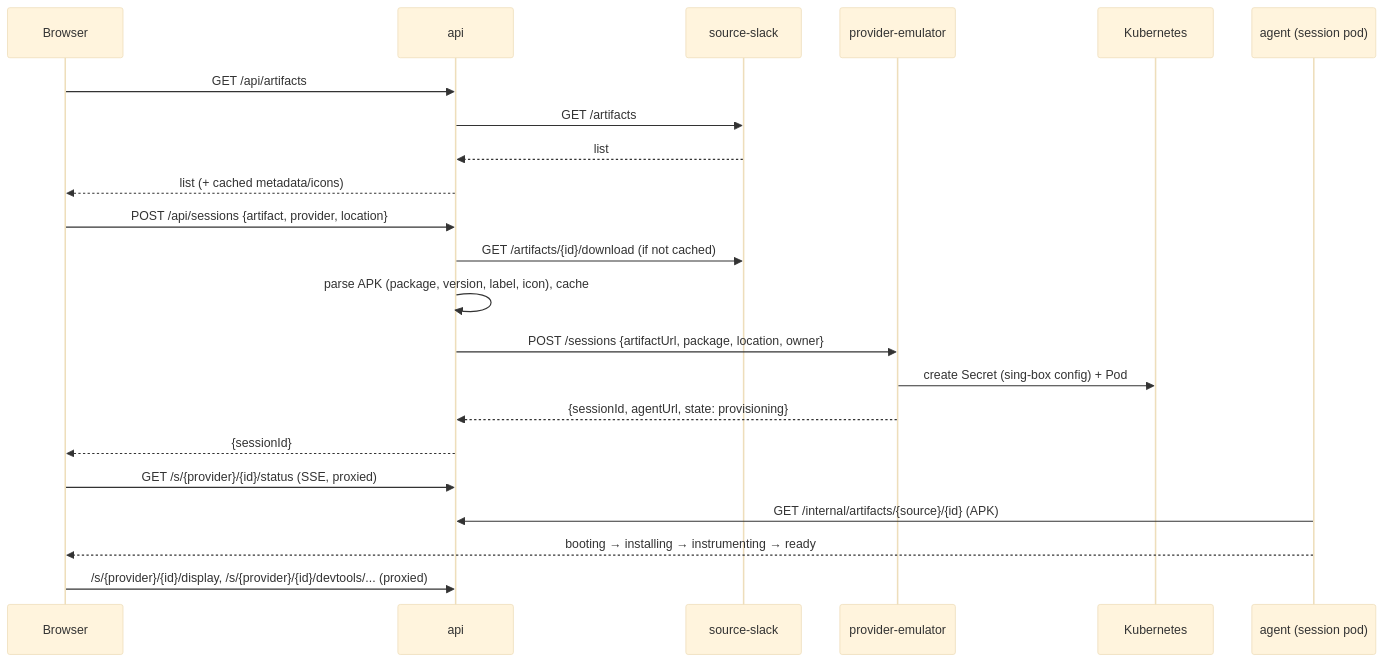
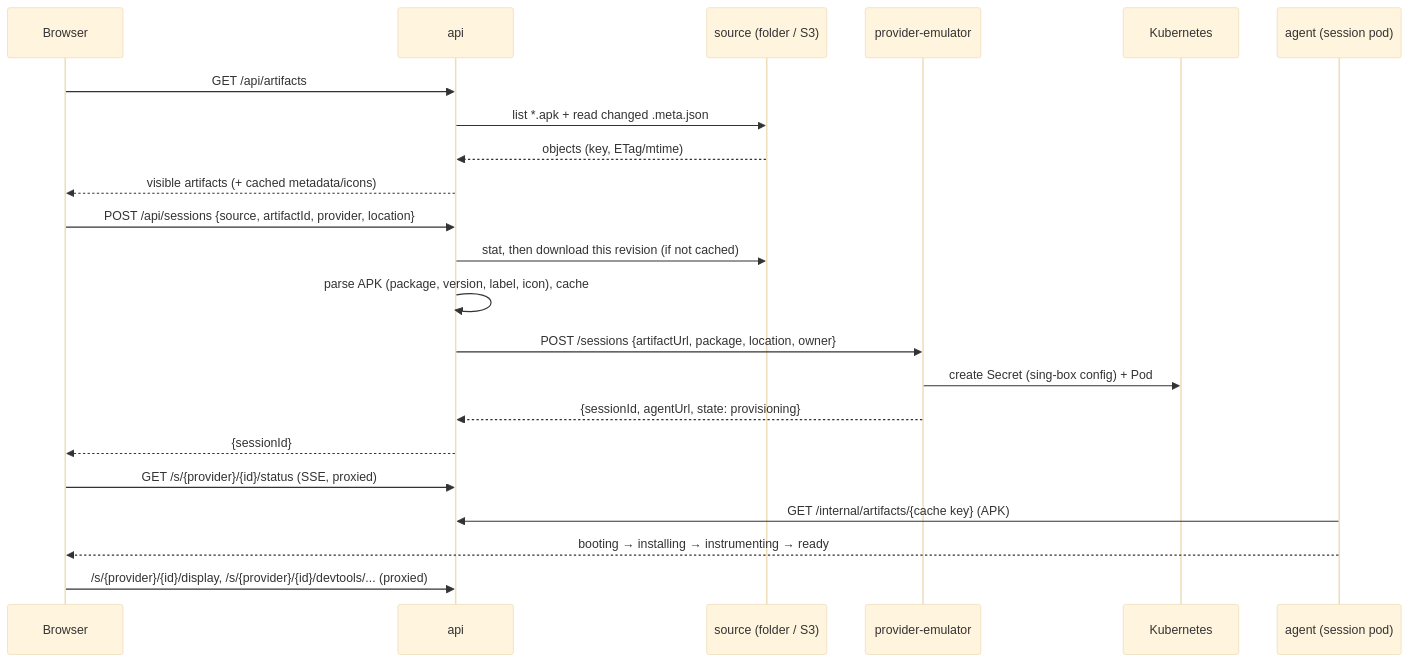
One commit to holtdroid/holtdroid changed the second of 2 diagrams in design/architecture.md. Above: the diagram before and after it, drawn with Mermaid (base theme). The commit also changed other lines of this file and 55 other files, not shown here.

Commit message:
feat(api): folder and s3 sources with meta sidecars, change tracking and user uploads

````diff
--- a/design/architecture.md
+++ b/design/architecture.md
@@ -79,25 +80,25 @@
 ```mermaid
 sequenceDiagram
   participant B as Browser
   participant A as api
-  participant S as source-slack
+  participant S as source (folder / S3)
   participant P as provider-emulator
   participant K as Kubernetes
   participant G as agent (session pod)
 
   B->>A: GET /api/artifacts
-  A->>S: GET /artifacts
-  S-->>A: list
-  A-->>B: list (+ cached metadata/icons)
-  B->>A: POST /api/sessions {artifact, provider, location}
-  A->>S: GET /artifacts/{id}/download (if not cached)
+  A->>S: list *.apk + read changed .meta.json
+  S-->>A: objects (key, ETag/mtime)
+  A-->>B: visible artifacts (+ cached metadata/icons)
+  B->>A: POST /api/sessions {source, artifactId, provider, location}
+  A->>S: stat, then download this revision (if not cached)
   A->>A: parse APK (package, version, label, icon), cache
   A->>P: POST /sessions {artifactUrl, package, location, owner}
   P->>K: create Secret (sing-box config) + Pod
   P-->>A: {sessionId, agentUrl, state: provisioning}
   A-->>B: {sessionId}
   B->>A: GET /s/{provider}/{id}/status (SSE, proxied)
-  G->>A: GET /internal/artifacts/{source}/{id} (APK)
+  G->>A: GET /internal/artifacts/{cache key} (APK)
   G-->>B: booting → installing → instrumenting → ready
   B->>A: /s/{provider}/{id}/display, /s/{provider}/{id}/devtools/... (proxied)
 ```
````
